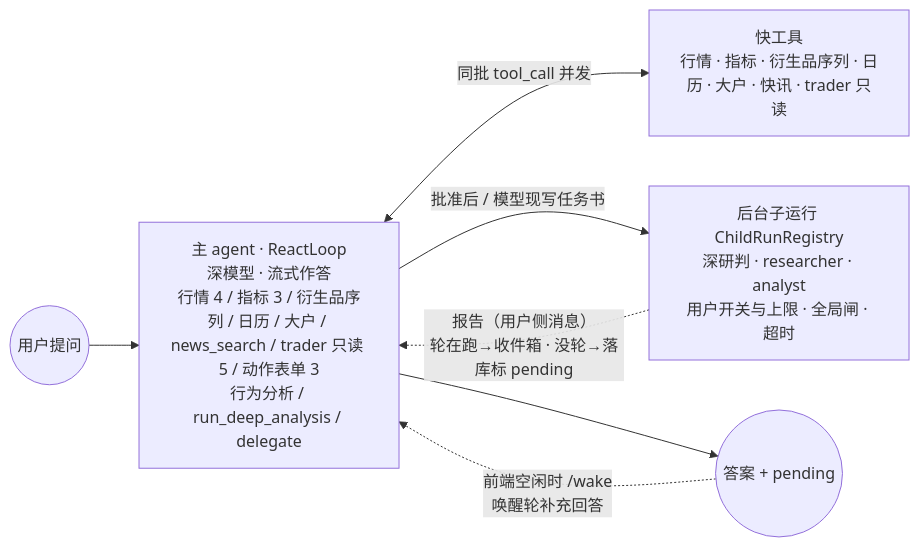
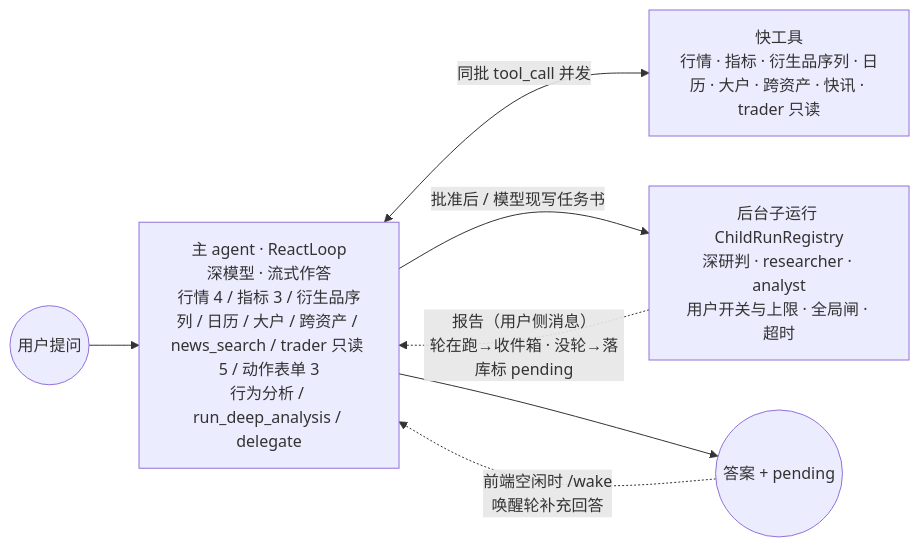
Before and after one commit to mamawai/wtfibought: the fourth of 5 diagrams in docs/agent-harness/architecture.md, drawn with Mermaid. The commit also changed other lines of this file and 29 other files, not shown here.

````diff
--- a/docs/agent-harness/architecture.md
+++ b/docs/agent-harness/architecture.md
@@ -113,9 +113,9 @@
 ```mermaid
 flowchart LR
-    U((用户提问)) --> MAIN["主 agent · ReactLoop<br/>深模型 · 流式作答<br/>行情 4 / 指标 3 / 衍生品序列 / 日历 / 大户 / news_search / trader 只读 5 / 动作表单 3<br/>行为分析 / run_deep_analysis / delegate"]
-    MAIN <-->|"同批 tool_call 并发"| T["快工具<br/>行情 · 指标 · 衍生品序列 · 日历 · 大户 · 快讯 · trader 只读"]
+    U((用户提问)) --> MAIN["主 agent · ReactLoop<br/>深模型 · 流式作答<br/>行情 4 / 指标 3 / 衍生品序列 / 日历 / 大户 / 跨资产 / news_search / trader 只读 5 / 动作表单 3<br/>行为分析 / run_deep_analysis / delegate"]
+    MAIN <-->|"同批 tool_call 并发"| T["快工具<br/>行情 · 指标 · 衍生品序列 · 日历 · 大户 · 跨资产 · 快讯 · trader 只读"]
     MAIN -->|"批准后 / 模型现写任务书"| CR["后台子运行 ChildRunRegistry<br/>深研判 · researcher · analyst<br/>用户开关与上限 · 全局闸 · 超时"]
     CR -.->|"报告（用户侧消息）<br/>轮在跑→收件箱 · 没轮→落库标 pending"| MAIN
     MAIN --> A((答案 + pending))
     A -.->|"前端空闲时 /wake<br/>唤醒轮补充回答"| MAIN
 ```
````
